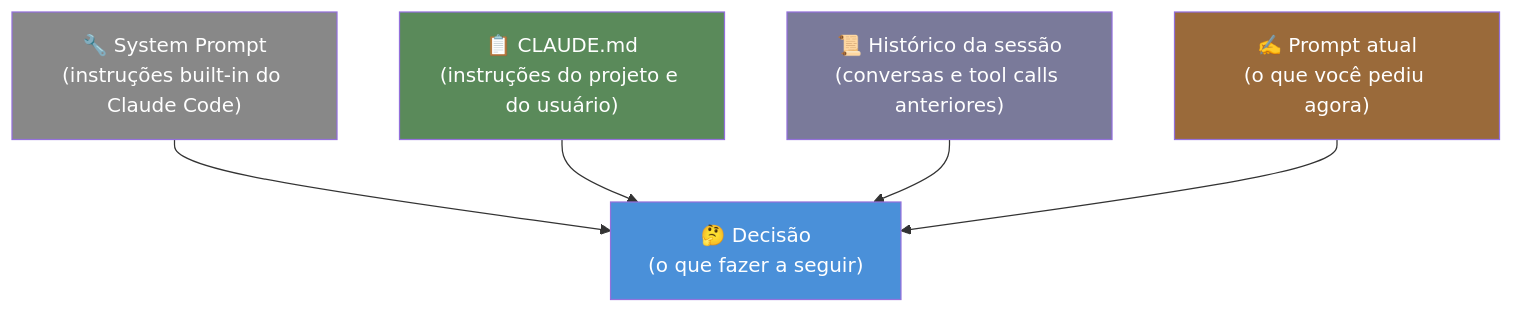
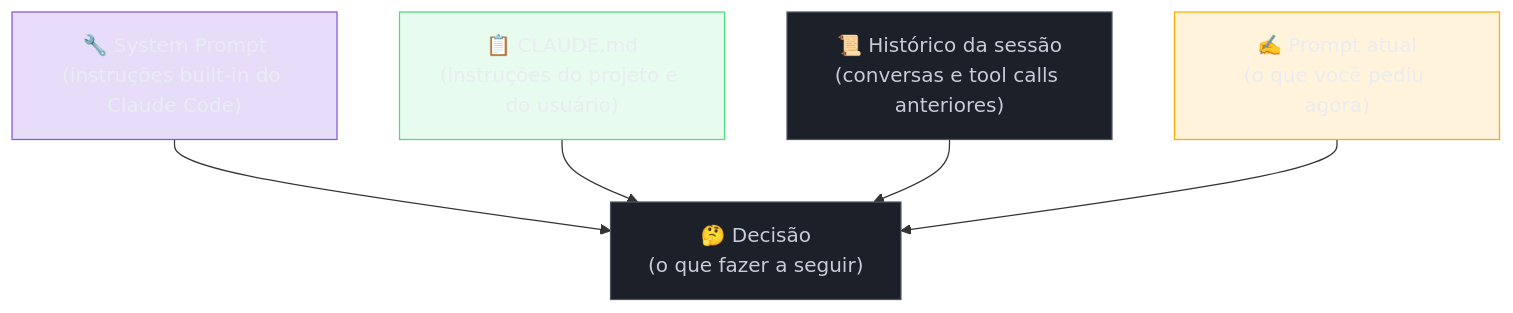
One commit to josenaldo/codex-technomanticus changed the diagram in 03-Dominios/Tecnologia/IA/Claude Code/Mental Model/08 - Como o agente decide.md. Above: the diagram before and after it, drawn with Mermaid. The commit also changed 1181 other files, not shown here.

First line of the commit message:
fix(diagramas): paleta do sistema no lugar de cor cravada no markdown

````diff
--- a/03-Dominios/Tecnologia/IA/Claude Code/Mental Model/08 - Como o agente decide.md
+++ b/03-Dominios/Tecnologia/IA/Claude Code/Mental Model/08 - Como o agente decide.md
@@ -38,19 +38,23 @@
 ```mermaid
 flowchart TD
+    classDef neutro fill:#1B2029,stroke:#4E5666,color:#C6CCD8
+    classDef marca fill:#8855DF33,stroke:#8855DF,color:#E9ECF2
+    classDef ok fill:#4ADE8021,stroke:#4ADE80,color:#E9ECF2
+    classDef destaque fill:#FFAA0024,stroke:#FFAA00,color:#E9ECF2
     SP["🔧 System Prompt\n(instruções built-in do Claude Code)"]
     CM["📋 CLAUDE.md\n(instruções do projeto e do usuário)"]
     HS["📜 Histórico da sessão\n(conversas e tool calls anteriores)"]
     PT["✍️ Prompt atual\n(o que você pediu agora)"]
     DC["🤔 Decisão\n(o que fazer a seguir)"]
 
     SP --> DC
     CM --> DC
     HS --> DC
     PT --> DC
 
-    style DC fill:#4a90d9,color:#fff
-    style SP fill:#888,color:#fff
-    style CM fill:#5a8a5a,color:#fff
-    style HS fill:#7a7a9a,color:#fff
-    style PT fill:#9a6a3a,color:#fff
+    class DC neutro
+    class SP marca
+    class CM ok
+    class HS neutro
+    class PT destaque
 ```
````
